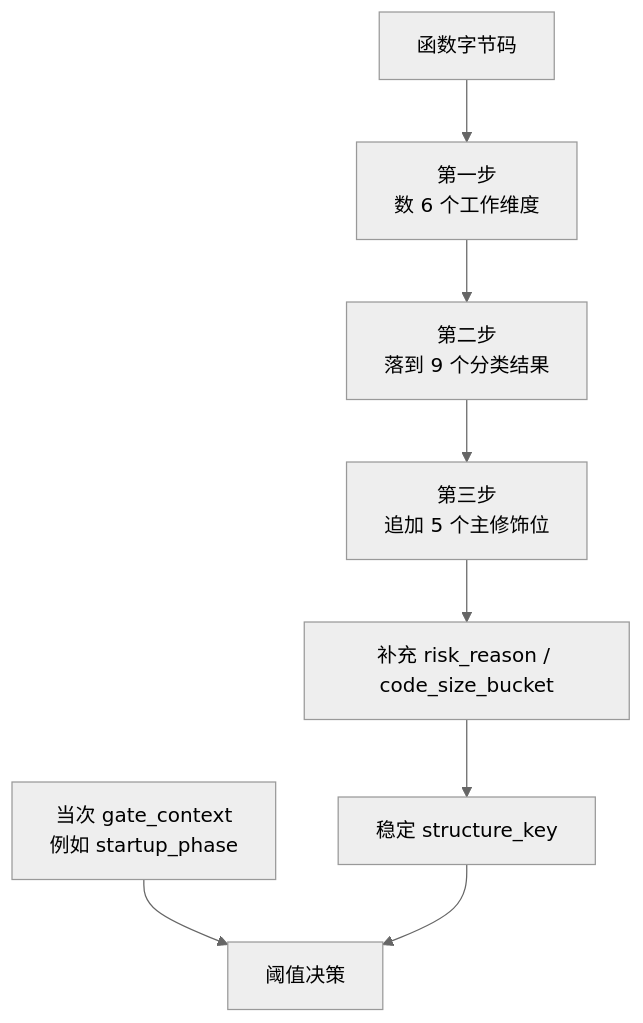
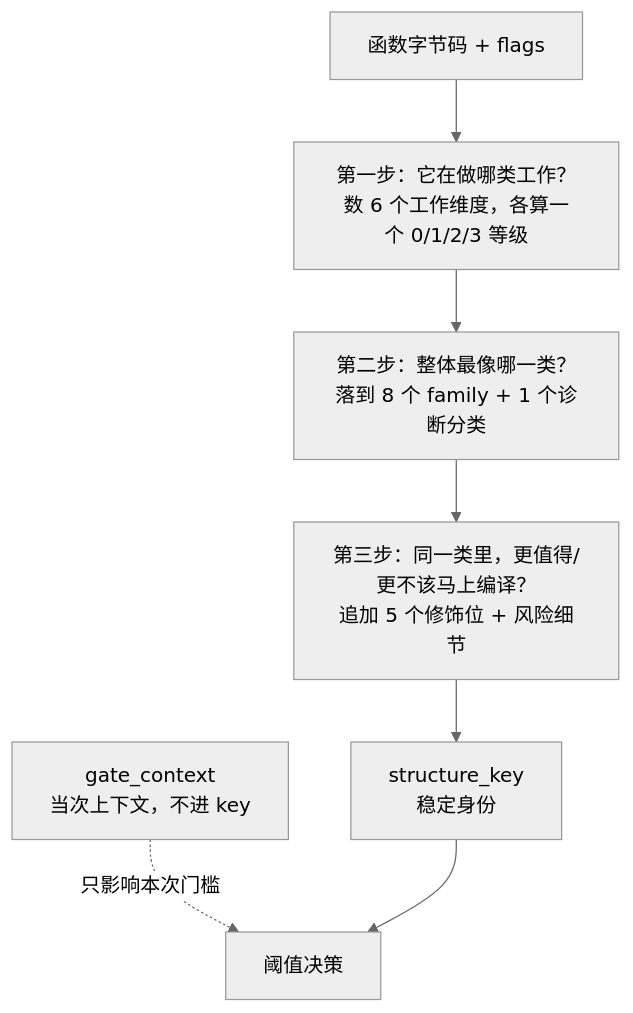
One commit to Cookie4Cat/cinderx-dev changed the third of 9 diagrams in docs/design/autojit-behavior-classification/【功能设计】AutoJIT 行为模式分类.md. Above: the diagram before and after it, drawn with Mermaid (neutral theme). The commit also changed other lines of this file, not shown here.

````diff
--- a/docs/design/autojit-behavior-classification/【功能设计】AutoJIT 行为模式分类.md
+++ b/docs/design/autojit-behavior-classification/【功能设计】AutoJIT 行为模式分类.md
@@ -178,10 +143,9 @@
 ```mermaid
 flowchart TB
-  Code[函数字节码] --> Dims[第一步<br/>数 6 个工作维度]
-  Dims --> Family[第二步<br/>落到 9 个分类结果]
-  Family --> Mods[第三步<br/>追加 5 个主修饰位]
-  Mods --> Detail[补充 risk_reason / code_size_bucket]
-  Detail --> Key[稳定 structure_key]
-  Ctx[当次 gate_context<br/>例如 startup_phase] --> Gate[阈值决策]
+  Code[函数字节码 + flags] --> S1["第一步：它在做哪类工作？<br/>数 6 个工作维度，各算一个 0/1/2/3 等级"]
+  S1 --> S2["第二步：整体最像哪一类？<br/>落到 8 个 family + 1 个诊断分类"]
+  S2 --> S3["第三步：同一类里，更值得/更不该马上编译？<br/>追加 5 个修饰位 + 风险细节"]
+  S3 --> Key["structure_key<br/>稳定身份"]
+  Ctx["gate_context<br/>当次上下文，不进 key"] -.只影响本次门槛.-> Gate["阈值决策"]
   Key --> Gate
 ```
````
